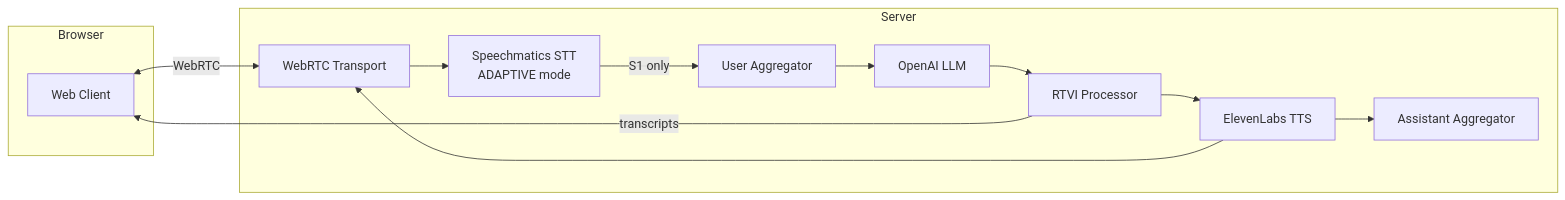
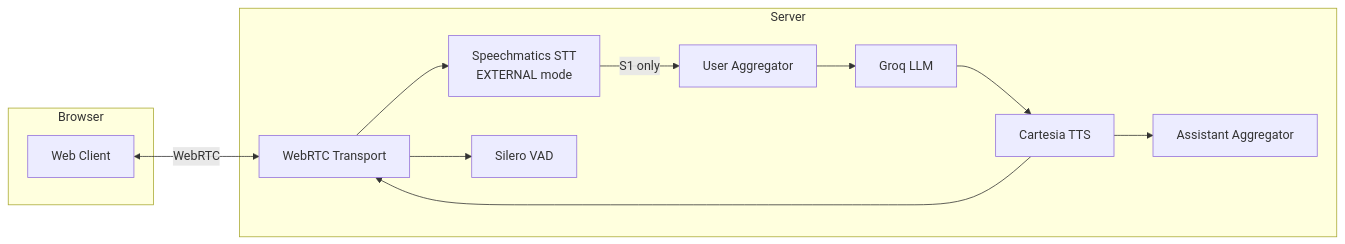
One commit to speechmatics/speechmatics-academy changed the diagram in integrations/pipecat/02-simple-voice-bot-web/README.md. Above: the diagram before and after it, drawn with Mermaid. The commit also changed other lines of this file and 6 other files, not shown here.

Commit message:
Update web voice bot for pipecat 0.0.101 (Groq + Cartesia + EXTERNAL) and docs

````diff
--- a/integrations/pipecat/02-simple-voice-bot-web/README.md
+++ b/integrations/pipecat/02-simple-voice-bot-web/README.md
@@ -153,26 +171,25 @@
 ```mermaid
 flowchart LR
     subgraph Browser
         CLIENT[Web Client]
     end
 
     subgraph Server
         WEBRTC[WebRTC Transport]
-        STT[Speechmatics STT<br/>ADAPTIVE mode]
+        STT[Speechmatics STT<br/>EXTERNAL mode]
+        VAD[Silero VAD]
         UA[User Aggregator]
-        LLM[OpenAI LLM]
-        RTVI[RTVI Processor]
         AA[Assistant Aggregator]
-        TTS[ElevenLabs TTS]
+        LLM[Groq LLM]
+        TTS[Cartesia TTS]
     end
 
     CLIENT <-->|WebRTC| WEBRTC
     WEBRTC --> STT
+    WEBRTC --> VAD
     STT -->|S1 only| UA
     UA --> LLM
-    LLM --> RTVI
-    RTVI -->|transcripts| CLIENT
-    RTVI --> TTS
+    LLM --> TTS
     TTS --> WEBRTC
     TTS --> AA
 ```
````
